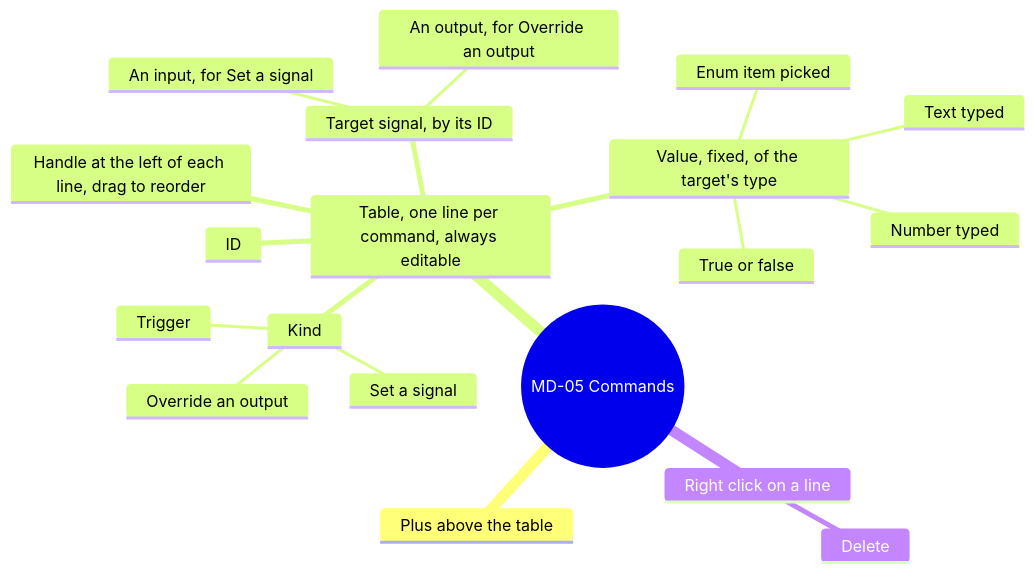
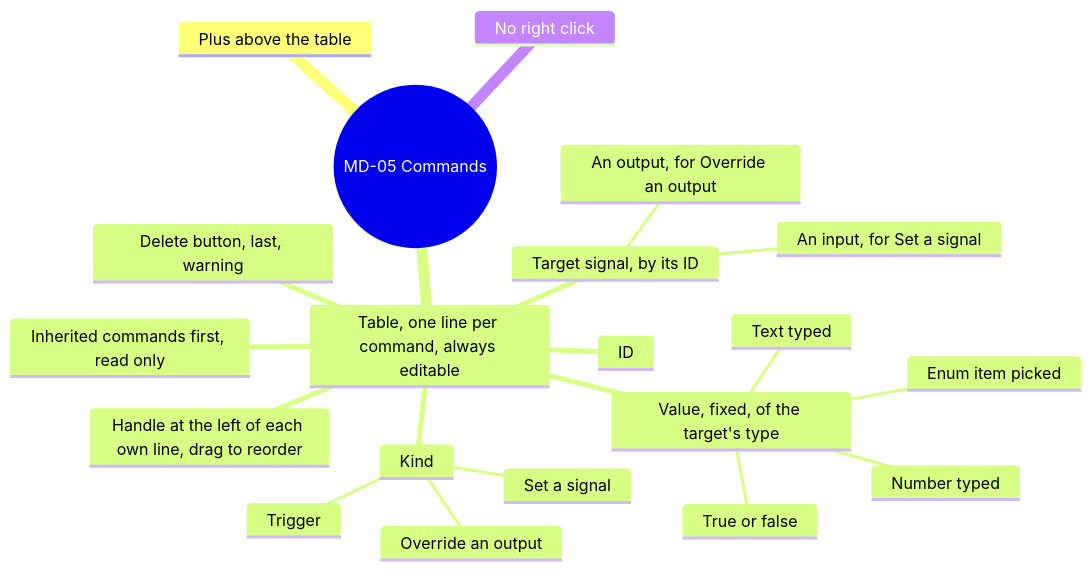
One commit to AlexandreGallais/synoptic-studio-spec changed the eighth of 16 diagrams in screens/metadata.md. Above: the diagram before and after it, drawn with Mermaid. The commit also changed other lines of this file and 13 other files, not shown here.

````diff
--- a/screens/metadata.md
+++ b/screens/metadata.md
@@ -231,22 +251,23 @@
 ```mermaid
 mindmap
   root((MD-05 Commands))
     Plus above the table
     Table, one line per command, always editable
-      Handle at the left of each line, drag to reorder
+      Inherited commands first, read only
+      Handle at the left of each own line, drag to reorder
       Kind
         Set a signal
         Trigger
         Override an output
       ID
       Target signal, by its ID
         An input, for Set a signal
         An output, for Override an output
       Value, fixed, of the target's type
         Number typed
         True or false
         Text typed
         Enum item picked
-    Right click on a line
-      Delete
+      Delete button, last, warning
+    No right click
 ```
````
